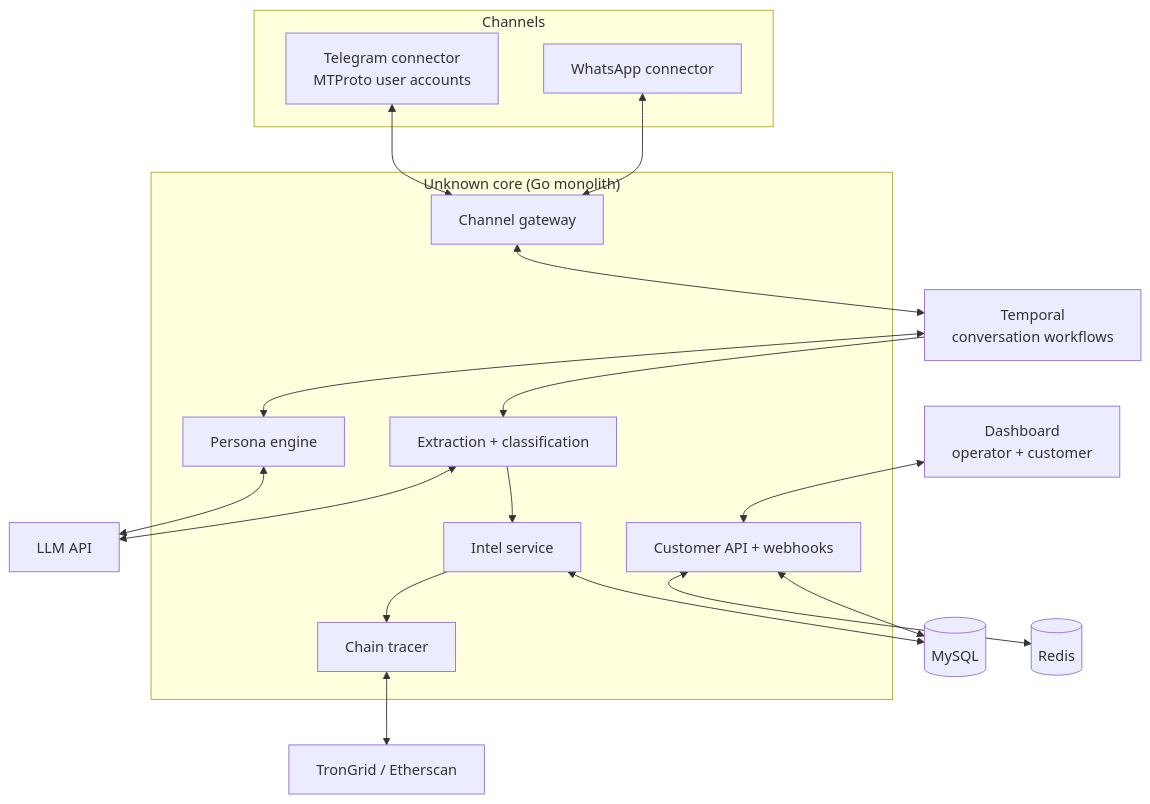
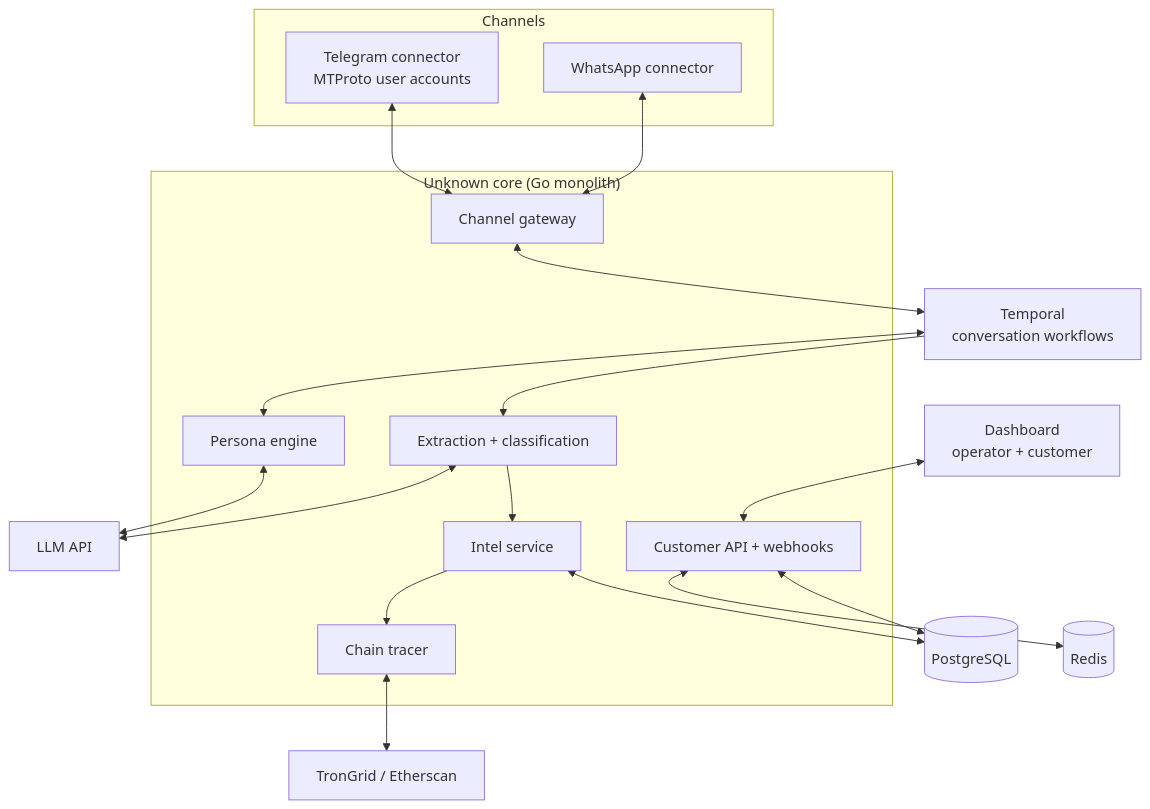
One commit to JaxzTan/Buru_AI changed the diagram in docs/TRD.md. Above: the diagram before and after it, drawn with Mermaid. The commit also changed other lines of this file and 7 other files, not shown here.

````diff
--- a/docs/TRD.md
+++ b/docs/TRD.md
@@ -19,35 +27,35 @@
 ```mermaid
 flowchart TB
   subgraph Channels
     TG[Telegram connector<br/>MTProto user accounts]
     WA[WhatsApp connector]
   end
   subgraph Core["Unknown core (Go monolith)"]
     GW[Channel gateway]
     PE[Persona engine]
     EX[Extraction + classification]
     TR[Chain tracer]
     IN[Intel service]
     CA[Customer API + webhooks]
   end
   TMP[Temporal<br/>conversation workflows]
   LLM[LLM API]
   CH[TronGrid / Etherscan]
-  DB[(MySQL)]
+  DB[(PostgreSQL)]
   RD[(Redis)]
   DASH[Dashboard<br/>operator + customer]
 
   TG & WA <--> GW
   GW <--> TMP
   TMP <--> PE
   PE <--> LLM
   TMP --> EX
   EX <--> LLM
   EX --> IN
   IN --> TR
   TR <--> CH
   IN <--> DB
   CA <--> RD
   CA <--> DB
   DASH <--> CA
 ```
````
